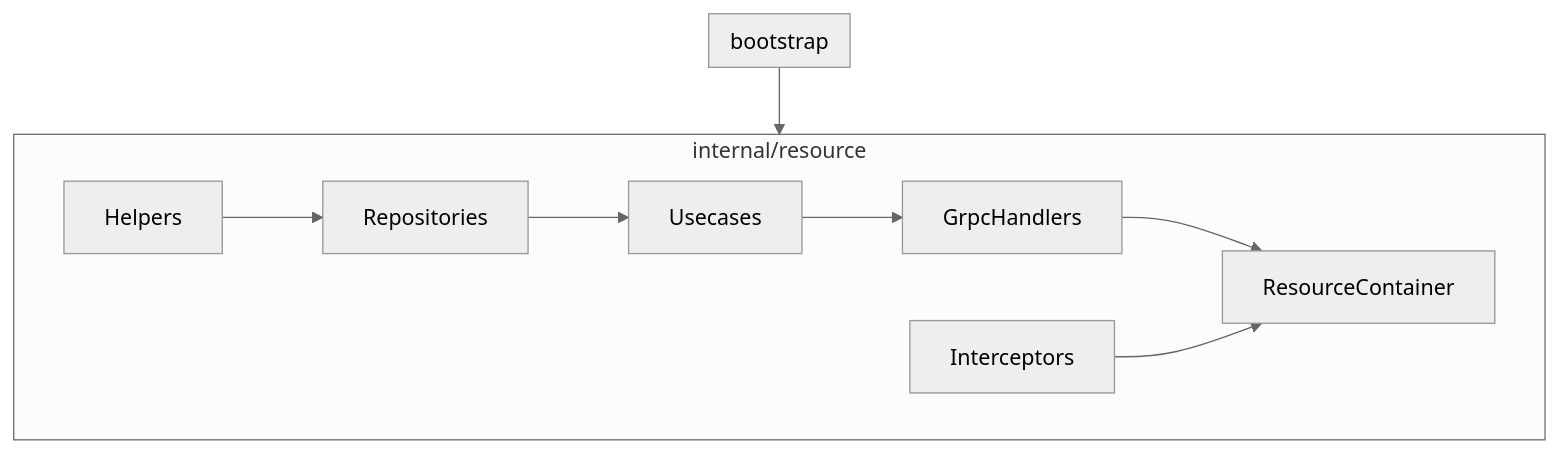
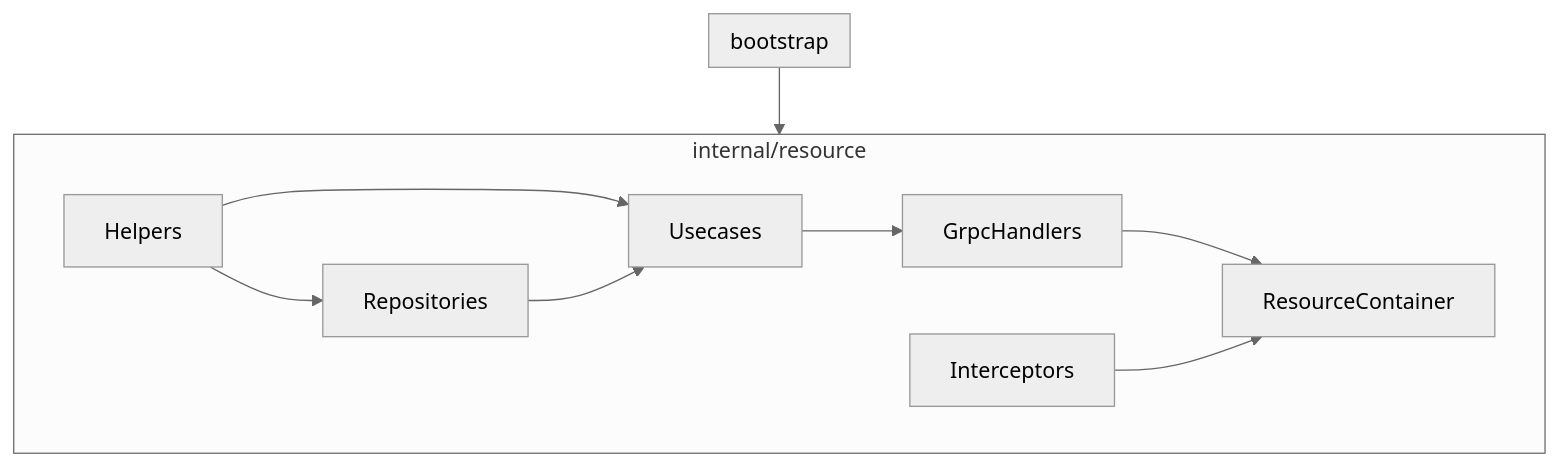
Before and after one commit to doroke7/landan-backend-hexagon: the diagram in README.md, drawn with Mermaid (neutral theme). The commit also changed other lines of this file, not shown here.

````diff
--- a/README.md
+++ b/README.md
@@ -172,18 +172,19 @@
 ```mermaid
 graph TD
     subgraph bootstrap
     end
 
     subgraph internal/resource
         Helpers --> Repositories
+        Helpers --> Usecases
         Repositories --> Usecases
         Usecases --> GrpcHandlers
 
         Interceptors
 
         GrpcHandlers --> ResourceContainer
         Interceptors --> ResourceContainer
     end
 
     bootstrap --> internal/resource
 ```
````
